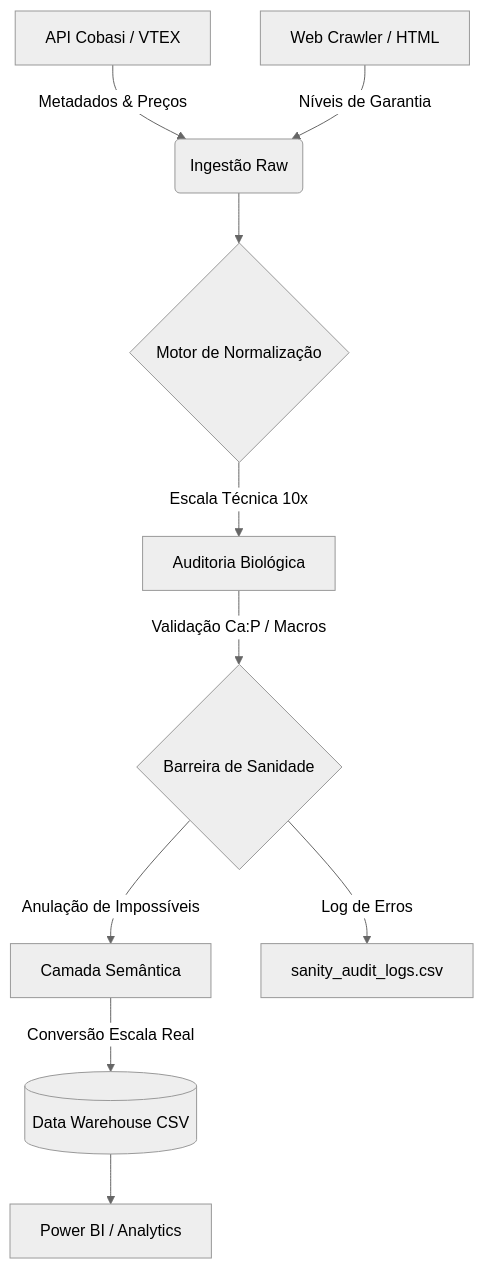
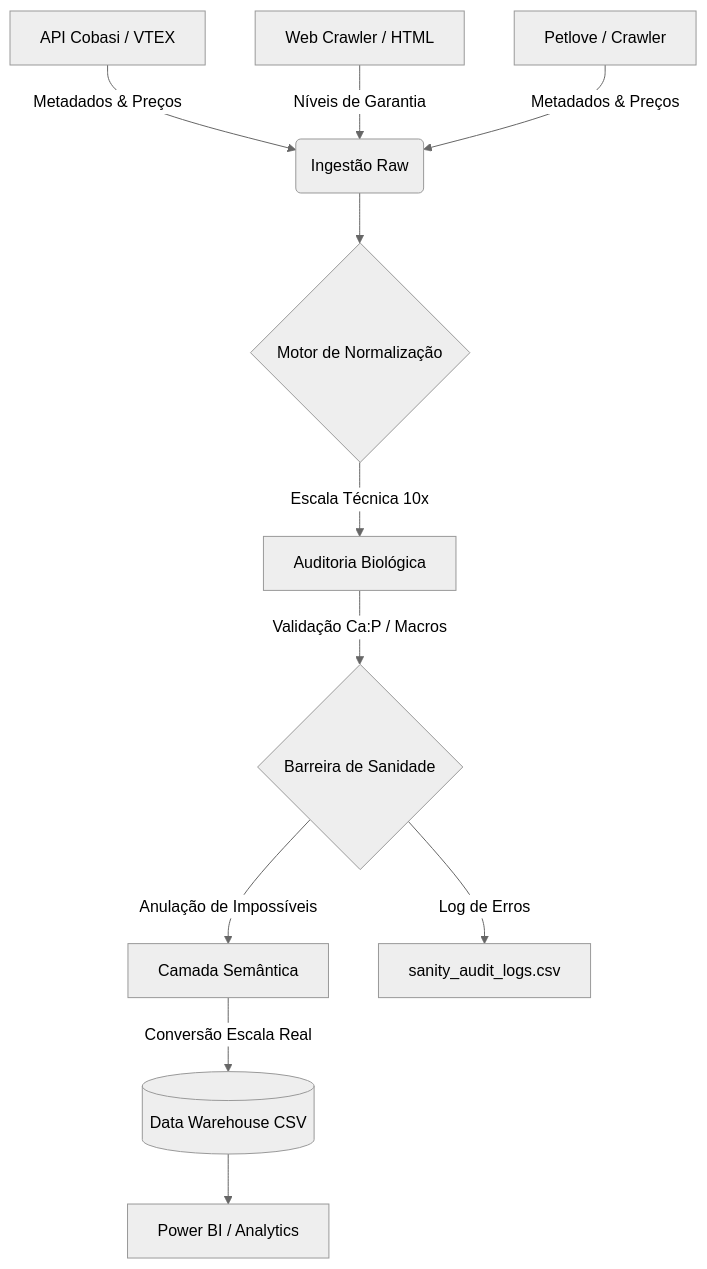
The diagram in docs/RELATORIO_TECNICO_CONSOLIDADO.md (viniciusmfernandes23/dogfood_nutrition_catalog), drawn with Mermaid (neutral theme) before and after one commit. The commit also changed other lines of this file, not shown here.

Commit message:
docs: atualizar Relatório Técnico Consolidado com v1.6.0 (Integração Petlove e Estabilidade Total) (#1)

````diff
--- a/docs/RELATORIO_TECNICO_CONSOLIDADO.md
+++ b/docs/RELATORIO_TECNICO_CONSOLIDADO.md
@@ -125,12 +147,13 @@
 ```mermaid
 graph TD
     A[API Cobasi / VTEX] -->|Metadados & Preços| B(Ingestão Raw)
     C[Web Crawler / HTML] -->|Níveis de Garantia| B
-    B --> D{Motor de Normalização}
-    D -->|Escala Técnica 10x| E[Auditoria Biológica]
-    E -->|Validação Ca:P / Macros| F{Barreira de Sanidade}
-    F -->|Anulação de Impossíveis| G[Camada Semântica]
-    G -->|Conversão Escala Real| H[(Data Warehouse CSV)]
-    H --> I[Power BI / Analytics]
-    F -->|Log de Erros| J[sanity_audit_logs.csv]
+    D[Petlove / Crawler] -->|Metadados & Preços| B
+    B --> E{Motor de Normalização}
+    E -->|Escala Técnica 10x| F[Auditoria Biológica]
+    F -->|Validação Ca:P / Macros| G{Barreira de Sanidade}
+    G -->|Anulação de Impossíveis| H[Camada Semântica]
+    H -->|Conversão Escala Real| I[(Data Warehouse CSV)]
+    I --> J[Power BI / Analytics]
+    G -->|Log de Erros| K[sanity_audit_logs.csv]
 ```
````
